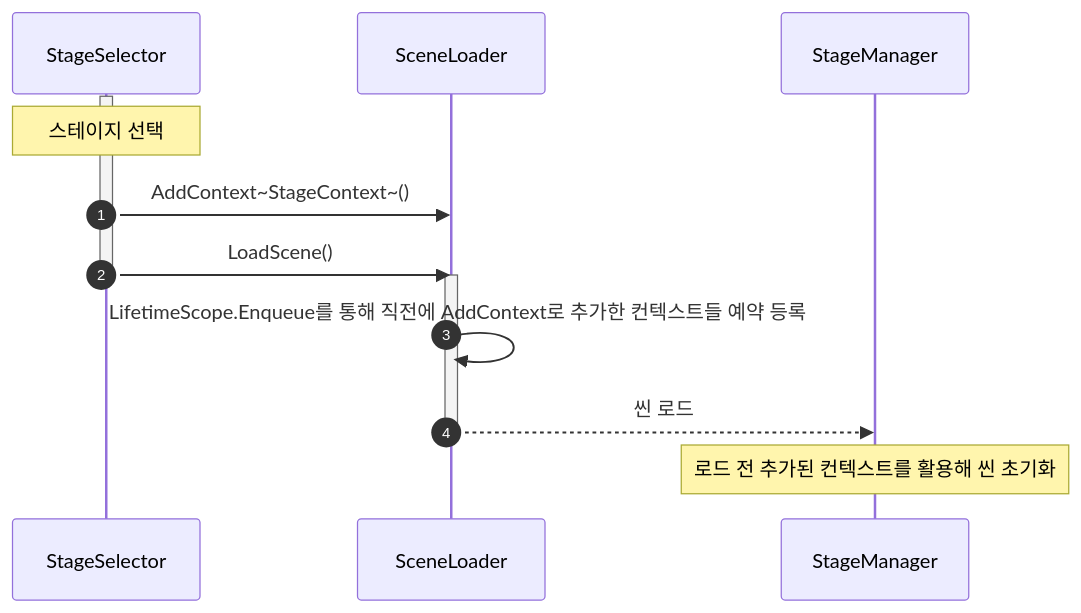
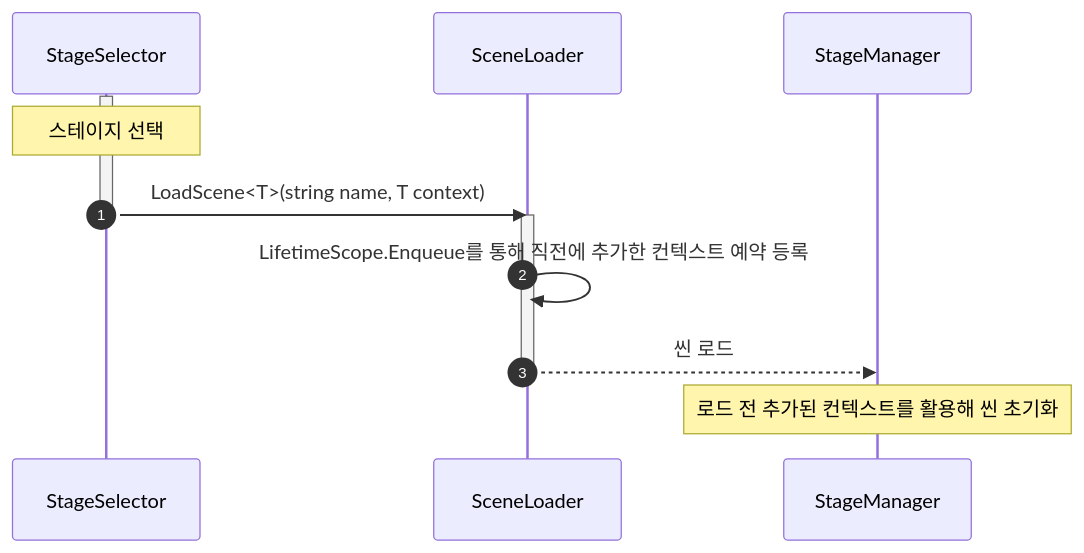
Before and after one commit to JIN5EOK/DungeonShooter: the diagram in README/씬_설계.md, drawn with Mermaid. The commit also changed other lines of this file and 1 other file, not shown here.

````diff
--- a/README/씬_설계.md
+++ b/README/씬_설계.md
@@ -12,17 +12,16 @@
 ```mermaid
 sequenceDiagram
     autonumber
     participant StageSelector
     participant SceneLoader
     participant StageManager
     activate StageSelector
     note over StageSelector: 스테이지 선택
-    StageSelector ->> SceneLoader : AddContext~StageContext~()
-    StageSelector ->> SceneLoader : LoadScene()
+    StageSelector ->> SceneLoader : LoadScene<T>(string name, T context)
     deactivate StageSelector
     activate SceneLoader
-    SceneLoader ->> SceneLoader : LifetimeScope.Enqueue를 통해 직전에 AddContext로 추가한 컨텍스트들 예약 등록
+    SceneLoader ->> SceneLoader : LifetimeScope.Enqueue를 통해 직전에 추가한 컨텍스트 예약 등록
     SceneLoader -->> StageManager : 씬 로드
     deactivate SceneLoader
     note over StageManager: 로드 전 추가된 컨텍스트를 활용해 씬 초기화
 ```
````
